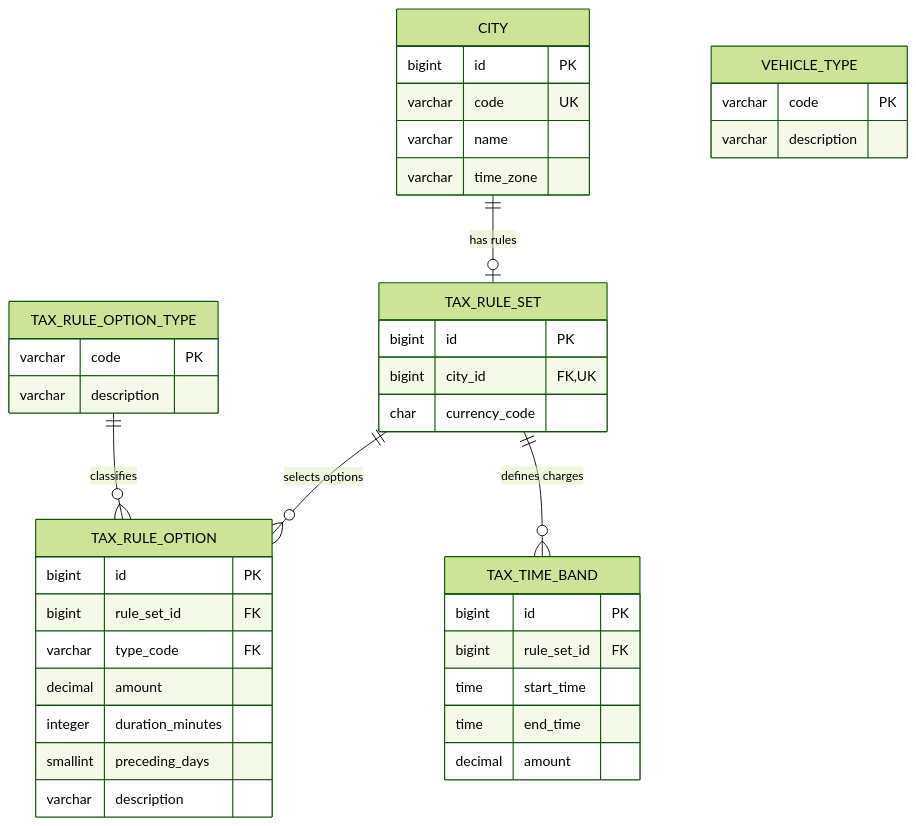
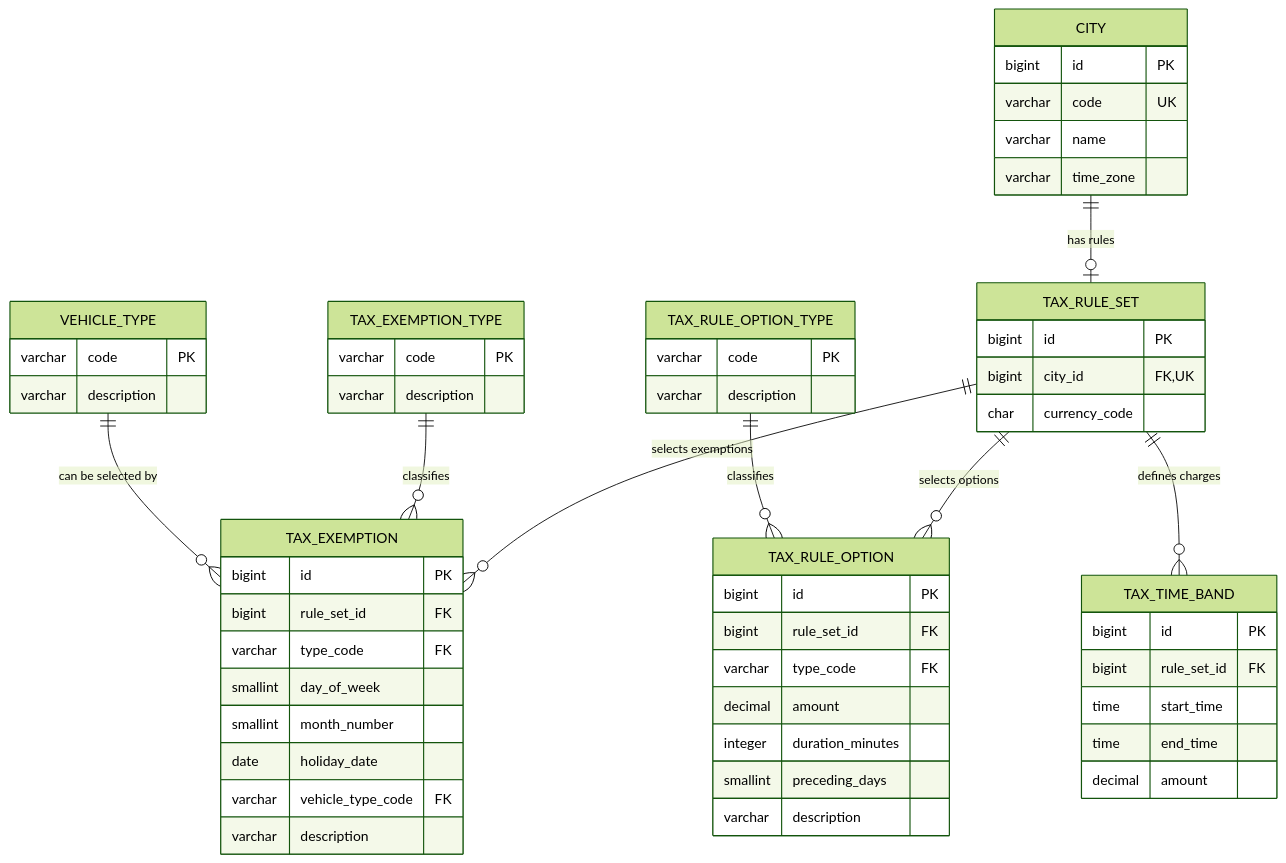
One commit to igrgin/congestion-tax-calculator changed the diagram in docs/design/persistence.md. Above: the diagram before and after it, drawn with Mermaid (forest theme). The commit also changed other lines of this file and 41 other files, not shown here.

First line of the commit message:
Apply calendar and Vehicle Type exemptions (#15)

````diff
--- a/docs/design/persistence.md
+++ b/docs/design/persistence.md
@@ -7,48 +7,67 @@
 ```mermaid
 erDiagram
     CITY {
         bigint id PK
         varchar code UK
         varchar name
         varchar time_zone
     }
 
     VEHICLE_TYPE {
         varchar code PK
         varchar description
     }
 
     TAX_RULE_SET {
         bigint id PK
         bigint city_id FK,UK
         char currency_code
     }
 
     TAX_RULE_OPTION_TYPE {
         varchar code PK
         varchar description
     }
 
     TAX_RULE_OPTION {
         bigint id PK
         bigint rule_set_id FK
         varchar type_code FK
         decimal amount
         integer duration_minutes
         smallint preceding_days
         varchar description
     }
 
+    TAX_EXEMPTION_TYPE {
+        varchar code PK
+        varchar description
+    }
+
+    TAX_EXEMPTION {
+        bigint id PK
+        bigint rule_set_id FK
+        varchar type_code FK
+        smallint day_of_week
+        smallint month_number
+        date holiday_date
+        varchar vehicle_type_code FK
+        varchar description
+    }
+
     TAX_TIME_BAND {
         bigint id PK
         bigint rule_set_id FK
         time start_time
         time end_time
         decimal amount
     }
 
     CITY ||--o| TAX_RULE_SET : "has rules"
     TAX_RULE_SET ||--o{ TAX_RULE_OPTION : "selects options"
     TAX_RULE_OPTION_TYPE ||--o{ TAX_RULE_OPTION : "classifies"
+    TAX_RULE_SET ||--o{ TAX_EXEMPTION : "selects exemptions"
+    TAX_EXEMPTION_TYPE ||--o{ TAX_EXEMPTION : "classifies"
+    VEHICLE_TYPE ||--o{ TAX_EXEMPTION : "can be selected by"
     TAX_RULE_SET ||--o{ TAX_TIME_BAND : "defines charges"
 ```
````
